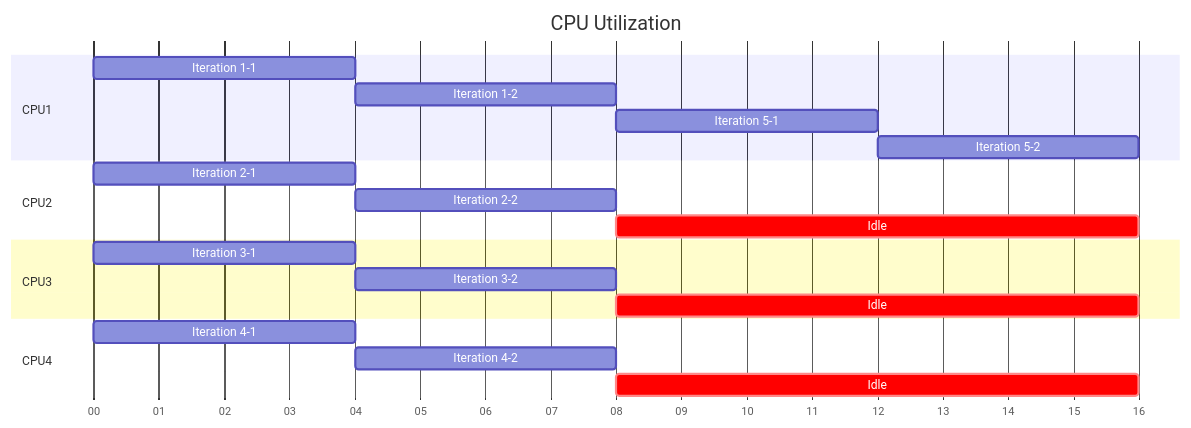
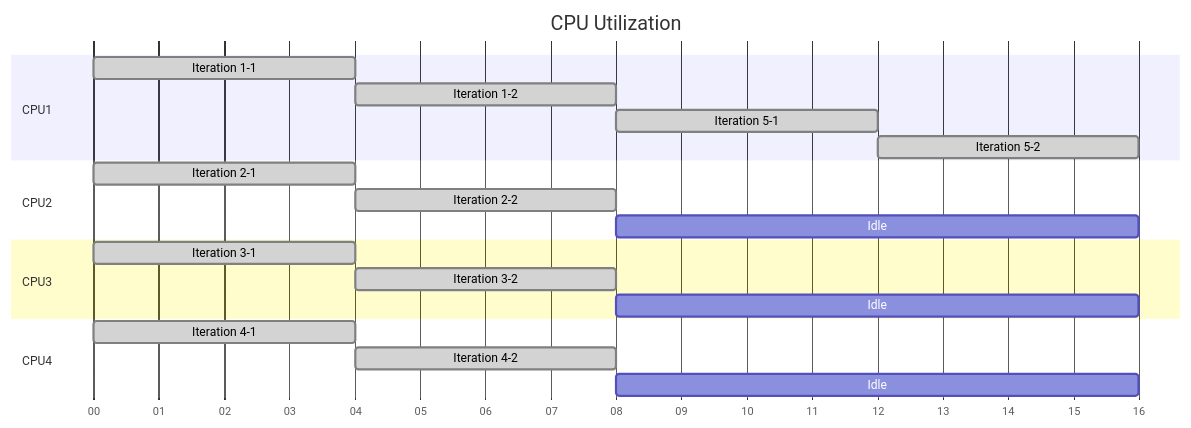
Before and after one commit to mlr-org/mlr3book: the first of 2 diagrams in book/chapters/chapter10/advanced_technical_aspects_of_mlr3.qmd, drawn with Mermaid. The commit also changed other lines of this file and 2 other files, not shown here.

````diff
--- a/book/chapters/chapter10/advanced_technical_aspects_of_mlr3.qmd
+++ b/book/chapters/chapter10/advanced_technical_aspects_of_mlr3.qmd
@@ -317,28 +303,30 @@
 ```{mermaid}
+%%| fig-width: 6.5
+%%| fig-responsive: false
 %%| label: fig-parallel-outer
 %%| fig-cap: CPU utilization for four CPUs while parallelizing the outer five-fold CV with a sequential two-fold CV inside. Jobs are labeled as [iteration outer]-[iteration inner].
 gantt
     title CPU Utilization
     dateFormat  s
     axisFormat %S
     section CPU1
-    Iteration 1-1           :0, 4s
-    Iteration 1-2           :4, 4s
-    Iteration 5-1           :8, 4s
-    Iteration 5-2           :12, 4s
+    Iteration 1-1           :done, 0, 4s
+    Iteration 1-2           :done, 4, 4s
+    Iteration 5-1           :done, 8, 4s
+    Iteration 5-2           :done, 12, 4s
 
     section CPU2
-    Iteration 2-1           :0, 4s
-    Iteration 2-2           :4, 4s
-    Idle                    :crit, 8, 8s
+    Iteration 2-1           :done, 0, 4s
+    Iteration 2-2           :done, 4, 4s
+    Idle                    :8, 8s
 
     section CPU3
-    Iteration 3-1           :0, 4s
-    Iteration 3-2           :4, 4s
-    Idle                    :crit, 8, 8s
+    Iteration 3-1           :done, 0, 4s
+    Iteration 3-2           :done, 4, 4s
+    Idle                    :8, 8s
 
     section CPU4
-    Iteration 4-1           :0, 4s
-    Iteration 4-2           :4, 4s
-    Idle                    :crit, 8, 8s
+    Iteration 4-1           :done, 0, 4s
+    Iteration 4-2           :done, 4, 4s
+    Idle                    :8, 8s
 ```
````
